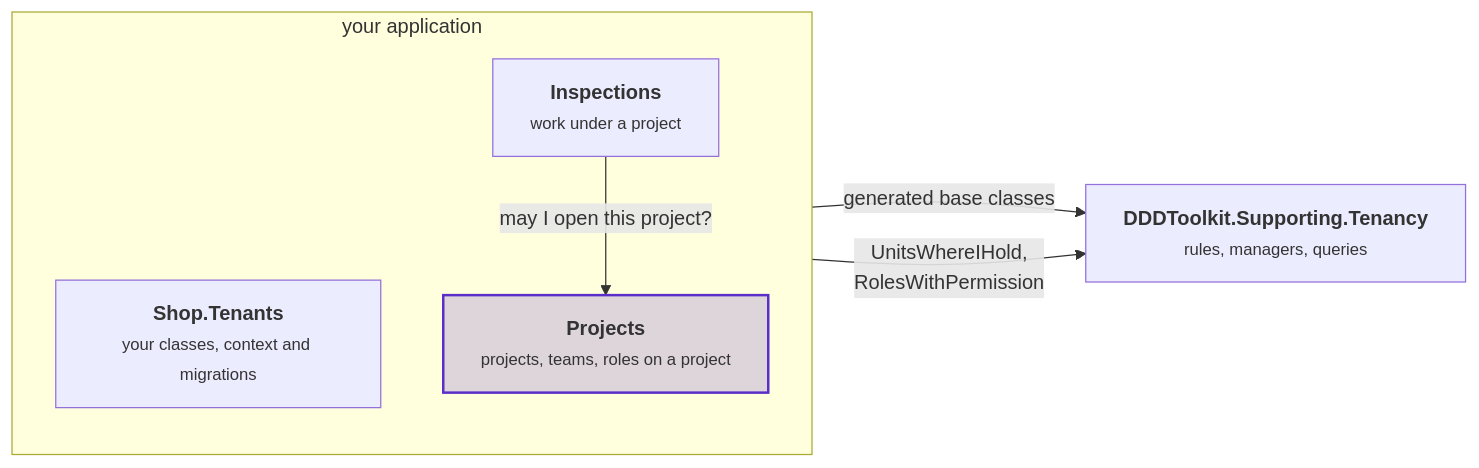
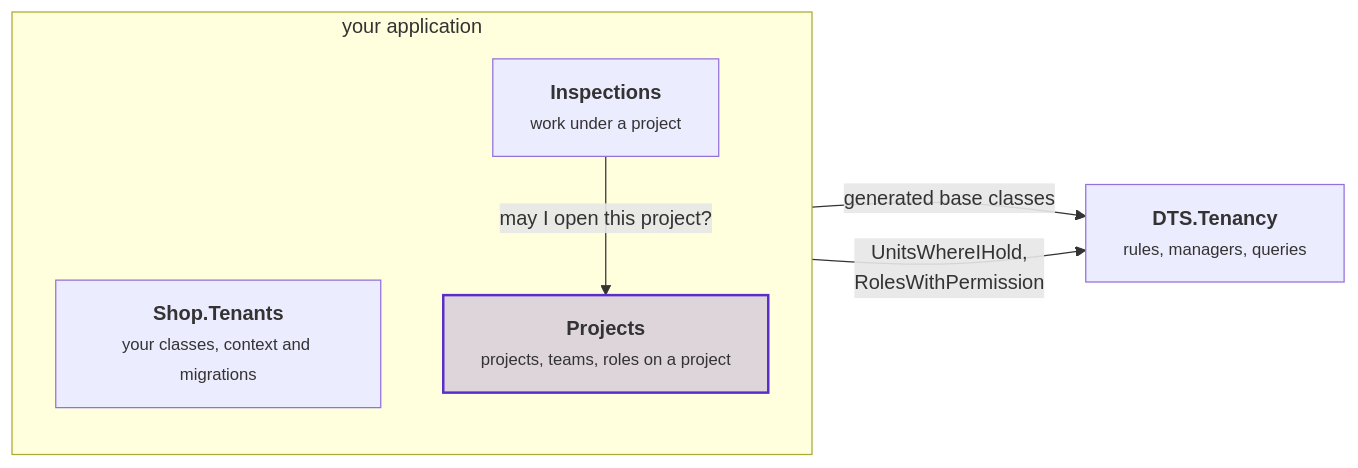
Before and after one commit to DylanSnel/DDDToolkit: the first of 2 diagrams in docs/tenancy/who-may-do-what.md, drawn with Mermaid. The commit also changed other lines of this file and 2190 other files, not shown here.

````diff
--- a/docs/tenancy/who-may-do-what.md
+++ b/docs/tenancy/who-may-do-what.md
@@ -67,15 +67,15 @@
 ```mermaid
 flowchart LR
     subgraph application ["your application"]
         direction TB
         tenants["<b>Shop.Tenants</b><br/><small>your classes, context and migrations</small>"]
         projects["<b>Projects</b><br/><small>projects, teams, roles on a project</small>"]
         inspections["<b>Inspections</b><br/><small>work under a project</small>"]
     end
-    package["<b>DDDToolkit.Supporting.Tenancy</b><br/><small>rules, managers, queries</small>"]
+    package["<b>DTS.Tenancy</b><br/><small>rules, managers, queries</small>"]
     tenants -- "generated base classes" --> package
     projects -- "UnitsWhereIHold,<br/>RolesWithPermission" --> package
     inspections -- "may I open this project?" --> projects
     classDef strong fill:#5b2ec933,stroke:#5b2ec9,stroke-width:2px
     class projects strong
 ```
````
